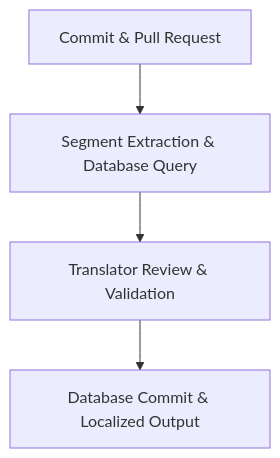
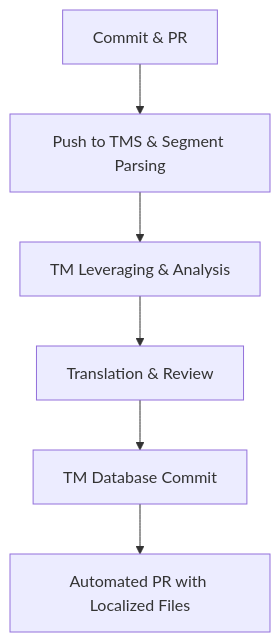
One commit to vaishvanara/techwritingkb changed the diagram in docs/industry-terms/translation-memory.md. Above: the diagram before and after it, drawn with Mermaid. The commit also changed other lines of this file and 51 other files, not shown here.

````diff
--- a/docs/industry-terms/translation-memory.md
+++ b/docs/industry-terms/translation-memory.md
@@ -43,6 +43,8 @@
 ```mermaid
 graph TD
-    A[Commit & Pull Request] --> B[Segment Extraction & Database Query]
-    B --> C[Translator Review & Validation]
-    C --> D[Database Commit & Localized Output]
+    A[Commit & PR] --> B[Push to TMS & Segment Parsing]
+    B --> C[TM Leveraging & Analysis]
+    C --> D[Translation & Review]
+    D --> E[TM Database Commit]
+    E --> F[Automated PR with Localized Files]
 ```
````
